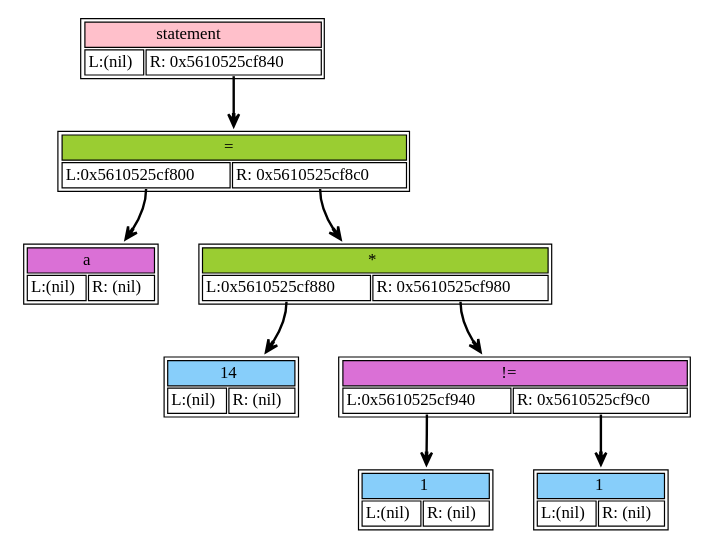
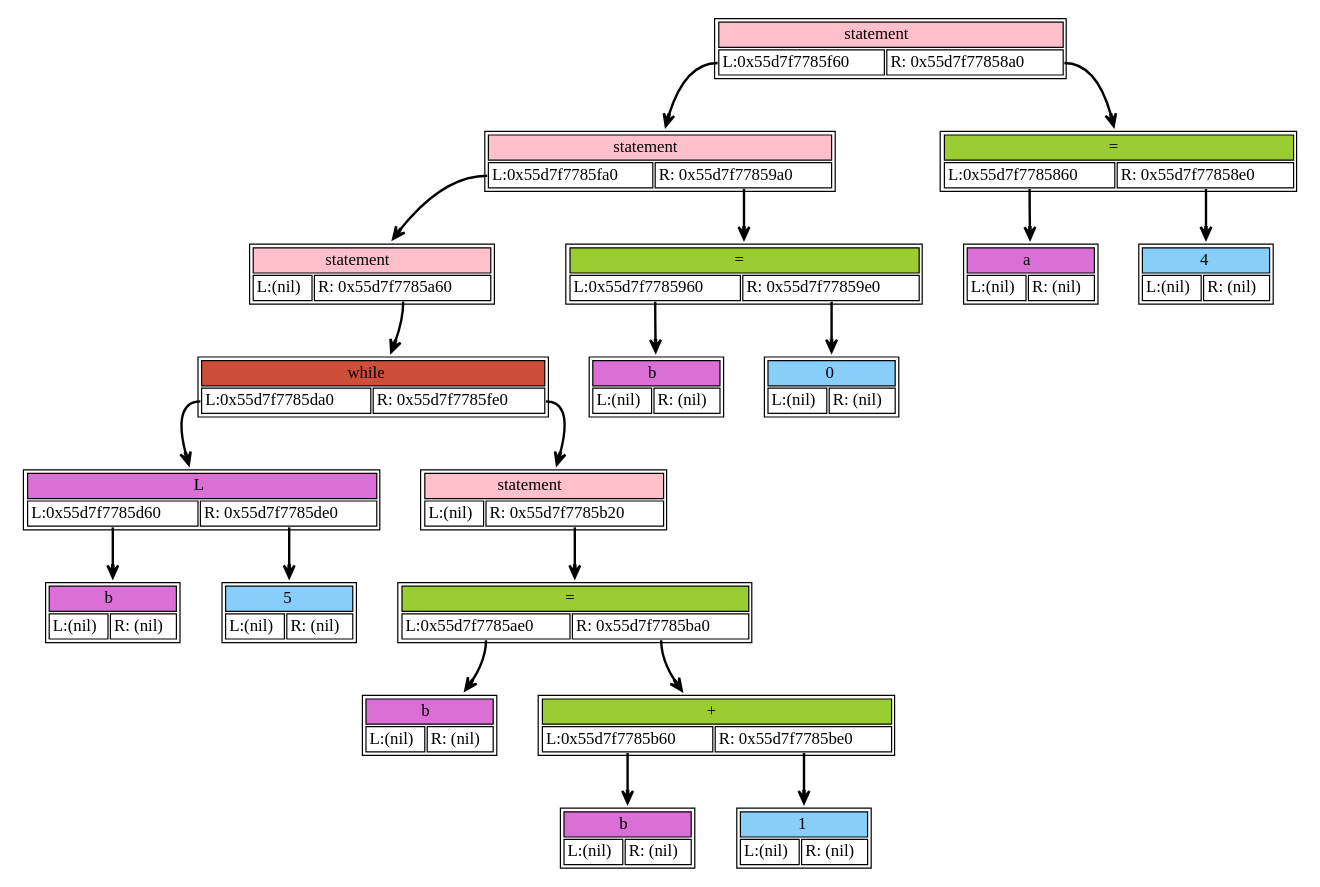
The diagram in dump/dump.dot (Varnike/language), drawn with Graphviz before and after one commit. The commit also changed 7 other files, not shown here.

```diff
--- a/dump/dump.dot
+++ b/dump/dump.dot
@@ -1,50 +1,116 @@
 digraph dump_graph {
 	rankdir=TV; 
-node0x5610525cfac0 [shape=plaintext
+node0x55d7f7785fa0 [shape=plaintext
 					label=<<table border='1' cellborder='1'>
 			<tr><td colspan="2" bgcolor="pink" > statement</td></tr>
-					<tr><td port= "lchild">L:(nil)</td><td port="rchild">R: 0x5610525cf840</td></tr>
+					<tr><td port= "lchild">L:(nil)</td><td port="rchild">R: 0x55d7f7785a60</td></tr>
 				</table>>];
-		node0x5610525cfac0:rchild -> node0x5610525cf840[style=bold, arrowhead=vee];
-node0x5610525cf800 [shape=plaintext
+		node0x55d7f7785fa0:rchild -> node0x55d7f7785a60[style=bold, arrowhead=vee];
+node0x55d7f7785d60 [shape=plaintext
+					label=<<table border='1' cellborder='1'>
+			<tr><td colspan="2" bgcolor="orchid" > b</td></tr>
+					<tr><td port= "lchild">L:(nil)</td><td port="rchild">R: (nil)</td></tr>
+				</table>>];
+node0x55d7f7785da0 [shape=plaintext
+					label=<<table border='1' cellborder='1'>
+			<tr><td colspan="2" bgcolor="orchid" > L</td></tr>
+					<tr><td port= "lchild">L:0x55d7f7785d60</td><td port="rchild">R: 0x55d7f7785de0</td></tr>
+				</table>>];
+		node0x55d7f7785da0:lchild -> node0x55d7f7785d60[style=bold, arrowhead=vee];
+		node0x55d7f7785da0:rchild -> node0x55d7f7785de0[style=bold, arrowhead=vee];
+node0x55d7f7785de0 [shape=plaintext
+					label=<<table border='1' cellborder='1'>
+			<tr><td colspan="2" bgcolor="lightskyblue" >5</td></tr>
+					<tr><td port= "lchild">L:(nil)</td><td port="rchild">R: (nil)</td></tr>
+				</table>>];
+node0x55d7f7785a60 [shape=plaintext
+					label=<<table border='1' cellborder='1'>
+			<tr><td colspan="2" bgcolor="tomato3" > while</td></tr>
+					<tr><td port= "lchild">L:0x55d7f7785da0</td><td port="rchild">R: 0x55d7f7785fe0</td></tr>
+				</table>>];
+		node0x55d7f7785a60:lchild -> node0x55d7f7785da0[style=bold, arrowhead=vee];
+		node0x55d7f7785a60:rchild -> node0x55d7f7785fe0[style=bold, arrowhead=vee];
+node0x55d7f7785fe0 [shape=plaintext
+					label=<<table border='1' cellborder='1'>
+			<tr><td colspan="2" bgcolor="pink" > statement</td></tr>
+					<tr><td port= "lchild">L:(nil)</td><td port="rchild">R: 0x55d7f7785b20</td></tr>
+				</table>>];
+		node0x55d7f7785fe0:rchild -> node0x55d7f7785b20[style=bold, arrowhead=vee];
+node0x55d7f7785ae0 [shape=plaintext
+					label=<<table border='1' cellborder='1'>
+			<tr><td colspan="2" bgcolor="orchid" > b</td></tr>
+					<tr><td port= "lchild">L:(nil)</td><td port="rchild">R: (nil)</td></tr>
+				</table>>];
+node0x55d7f7785b20 [shape=plaintext
+					label=<<table border='1' cellborder='1'>
+			<tr><td colspan="2" bgcolor="olivedrab3" > =</td></tr>
+					<tr><td port= "lchild">L:0x55d7f7785ae0</td><td port="rchild">R: 0x55d7f7785ba0</td></tr>
+				</table>>];
+		node0x55d7f7785b20:lchild -> node0x55d7f7785ae0[style=bold, arrowhead=vee];
+		node0x55d7f7785b20:rchild -> node0x55d7f7785ba0[style=bold, arrowhead=vee];
+node0x55d7f7785b60 [shape=plaintext
+					label=<<table border='1' cellborder='1'>
+			<tr><td colspan="2" bgcolor="orchid" > b</td></tr>
+					<tr><td port= "lchild">L:(nil)</td><td port="rchild">R: (nil)</td></tr>
+				</table>>];
+node0x55d7f7785ba0 [shape=plaintext
+					label=<<table border='1' cellborder='1'>
+			<tr><td colspan="2" bgcolor="olivedrab3" > +</td></tr>
+					<tr><td port= "lchild">L:0x55d7f7785b60</td><td port="rchild">R: 0x55d7f7785be0</td></tr>
+				</table>>];
+		node0x55d7f7785ba0:lchild -> node0x55d7f7785b60[style=bold, arrowhead=vee];
+		node0x55d7f7785ba0:rchild -> node0x55d7f7785be0[style=bold, arrowhead=vee];
+node0x55d7f7785be0 [shape=plaintext
+					label=<<table border='1' cellborder='1'>
+			<tr><td colspan="2" bgcolor="lightskyblue" >1</td></tr>
+					<tr><td port= "lchild">L:(nil)</td><td port="rchild">R: (nil)</td></tr>
+				</table>>];
+node0x55d7f7785f60 [shape=plaintext
+					label=<<table border='1' cellborder='1'>
+			<tr><td colspan="2" bgcolor="pink" > statement</td></tr>
+					<tr><td port= "lchild">L:0x55d7f7785fa0</td><td port="rchild">R: 0x55d7f77859a0</td></tr>
+				</table>>];
+		node0x55d7f7785f60:lchild -> node0x55d7f7785fa0[style=bold, arrowhead=vee];
+		node0x55d7f7785f60:rchild -> node0x55d7f77859a0[style=bold, arrowhead=vee];
+node0x55d7f7785960 [shape=plaintext
+					label=<<table border='1' cellborder='1'>
+			<tr><td colspan="2" bgcolor="orchid" > b</td></tr>
+					<tr><td port= "lchild">L:(nil)</td><td port="rchild">R: (nil)</td></tr>
+				</table>>];
+node0x55d7f77859a0 [shape=plaintext
+					label=<<table border='1' cellborder='1'>
+			<tr><td colspan="2" bgcolor="olivedrab3" > =</td></tr>
+					<tr><td port= "lchild">L:0x55d7f7785960</td><td port="rchild">R: 0x55d7f77859e0</td></tr>
+				</table>>];
+		node0x55d7f77859a0:lchild -> node0x55d7f7785960[style=bold, arrowhead=vee];
+		node0x55d7f77859a0:rchild -> node0x55d7f77859e0[style=bold, arrowhead=vee];
+node0x55d7f77859e0 [shape=plaintext
+					label=<<table border='1' cellborder='1'>
+			<tr><td colspan="2" bgcolor="lightskyblue" >0</td></tr>
+					<tr><td port= "lchild">L:(nil)</td><td port="rchild">R: (nil)</td></tr>
+				</table>>];
+node0x55d7f7785f20 [shape=plaintext
+					label=<<table border='1' cellborder='1'>
+			<tr><td colspan="2" bgcolor="pink" > statement</td></tr>
+					<tr><td port= "lchild">L:0x55d7f7785f60</td><td port="rchild">R: 0x55d7f77858a0</td></tr>
+				</table>>];
+		node0x55d7f7785f20:lchild -> node0x55d7f7785f60[style=bold, arrowhead=vee];
+		node0x55d7f7785f20:rchild -> node0x55d7f77858a0[style=bold, arrowhead=vee];
+node0x55d7f7785860 [shape=plaintext
 					label=<<table border='1' cellborder='1'>
 			<tr><td colspan="2" bgcolor="orchid" > a</td></tr>
 					<tr><td port= "lchild">L:(nil)</td><td port="rchild">R: (nil)</td></tr>
 				</table>>];
-node0x5610525cf840 [shape=plaintext
+node0x55d7f77858a0 [shape=plaintext
 					label=<<table border='1' cellborder='1'>
 			<tr><td colspan="2" bgcolor="olivedrab3" > =</td></tr>
-					<tr><td port= "lchild">L:0x5610525cf800</td><td port="rchild">R: 0x5610525cf8c0</td></tr>
+					<tr><td port= "lchild">L:0x55d7f7785860</td><td port="rchild">R: 0x55d7f77858e0</td></tr>
 				</table>>];
-		node0x5610525cf840:lchild -> node0x5610525cf800[style=bold, arrowhead=vee];
-		node0x5610525cf840:rchild -> node0x5610525cf8c0[style=bold, arrowhead=vee];
-node0x5610525cf880 [shape=plaintext
+		node0x55d7f77858a0:lchild -> node0x55d7f7785860[style=bold, arrowhead=vee];
+		node0x55d7f77858a0:rchild -> node0x55d7f77858e0[style=bold, arrowhead=vee];
+node0x55d7f77858e0 [shape=plaintext
 					label=<<table border='1' cellborder='1'>
-			<tr><td colspan="2" bgcolor="lightskyblue" >14</td></tr>
-					<tr><td port= "lchild">L:(nil)</td><td port="rchild">R: (nil)</td></tr>
-				</table>>];
-node0x5610525cf8c0 [shape=plaintext
-					label=<<table border='1' cellborder='1'>
-			<tr><td colspan="2" bgcolor="olivedrab3" > *</td></tr>
-					<tr><td port= "lchild">L:0x5610525cf880</td><td port="rchild">R: 0x5610525cf980</td></tr>
-				</table>>];
-		node0x5610525cf8c0:lchild -> node0x5610525cf880[style=bold, arrowhead=vee];
-		node0x5610525cf8c0:rchild -> node0x5610525cf980[style=bold, arrowhead=vee];
-node0x5610525cf940 [shape=plaintext
-					label=<<table border='1' cellborder='1'>
-			<tr><td colspan="2" bgcolor="lightskyblue" >1</td></tr>
-					<tr><td port= "lchild">L:(nil)</td><td port="rchild">R: (nil)</td></tr>
-				</table>>];
-node0x5610525cf980 [shape=plaintext
-					label=<<table border='1' cellborder='1'>
-			<tr><td colspan="2" bgcolor="orchid" > !=</td></tr>
-					<tr><td port= "lchild">L:0x5610525cf940</td><td port="rchild">R: 0x5610525cf9c0</td></tr>
-				</table>>];
-		node0x5610525cf980:lchild -> node0x5610525cf940[style=bold, arrowhead=vee];
-		node0x5610525cf980:rchild -> node0x5610525cf9c0[style=bold, arrowhead=vee];
-node0x5610525cf9c0 [shape=plaintext
-					label=<<table border='1' cellborder='1'>
-			<tr><td colspan="2" bgcolor="lightskyblue" >1</td></tr>
+			<tr><td colspan="2" bgcolor="lightskyblue" >4</td></tr>
 					<tr><td port= "lchild">L:(nil)</td><td port="rchild">R: (nil)</td></tr>
 				</table>>];
 }
```
